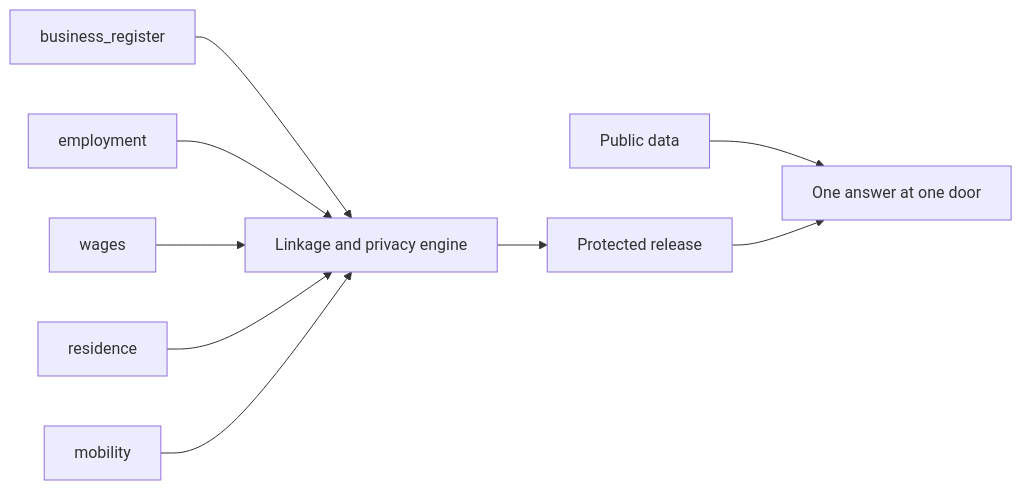
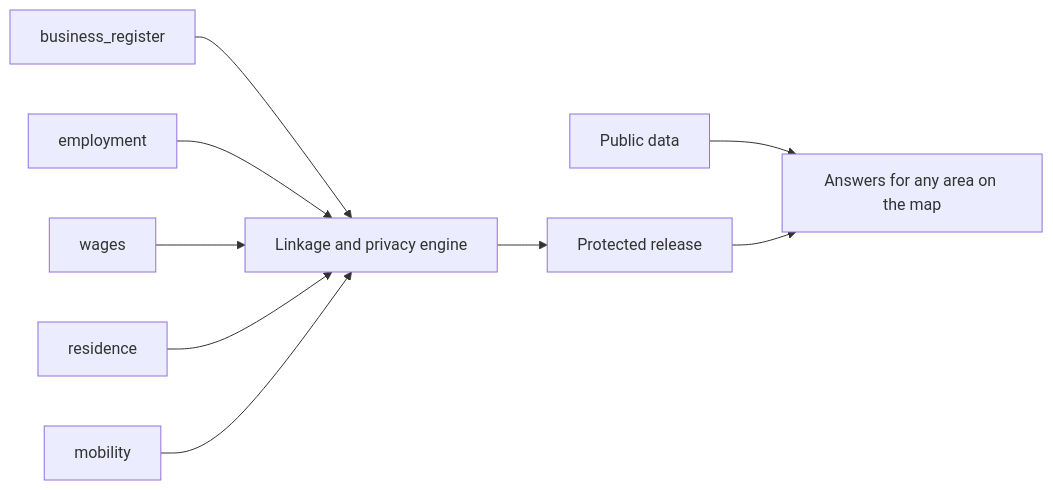
Before and after one commit to albarami/economic-investment-intelligence: the diagram in docs/01_PROJECT_BRIEF.md, drawn with Mermaid. The commit also changed other lines of this file and 27 other files, not shown here.

````diff
--- a/docs/01_PROJECT_BRIEF.md
+++ b/docs/01_PROJECT_BRIEF.md
@@ -83,11 +87,11 @@
 ```mermaid
 flowchart LR
   R[business_register] --> J[Linkage and privacy engine]
   E[employment] --> J
   W[wages] --> J
   H[residence] --> J
   M[mobility] --> J
   P[Public data] --> A
   J --> X[Protected release]
-  X --> A[One answer at one door]
+  X --> A[Answers for any area on the map]
 ```
````
